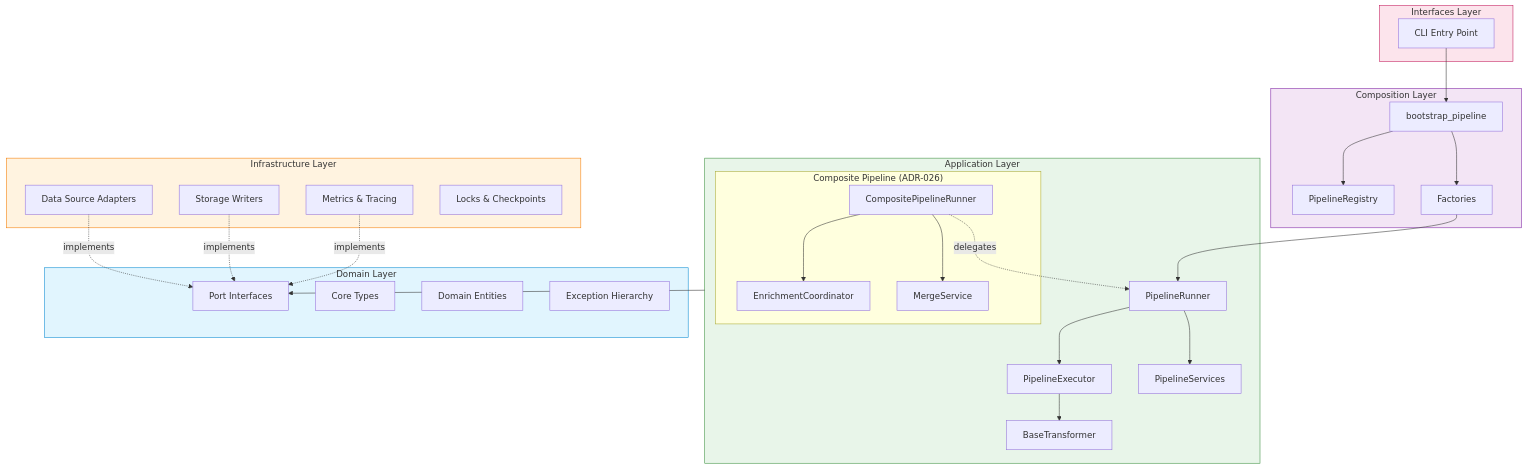
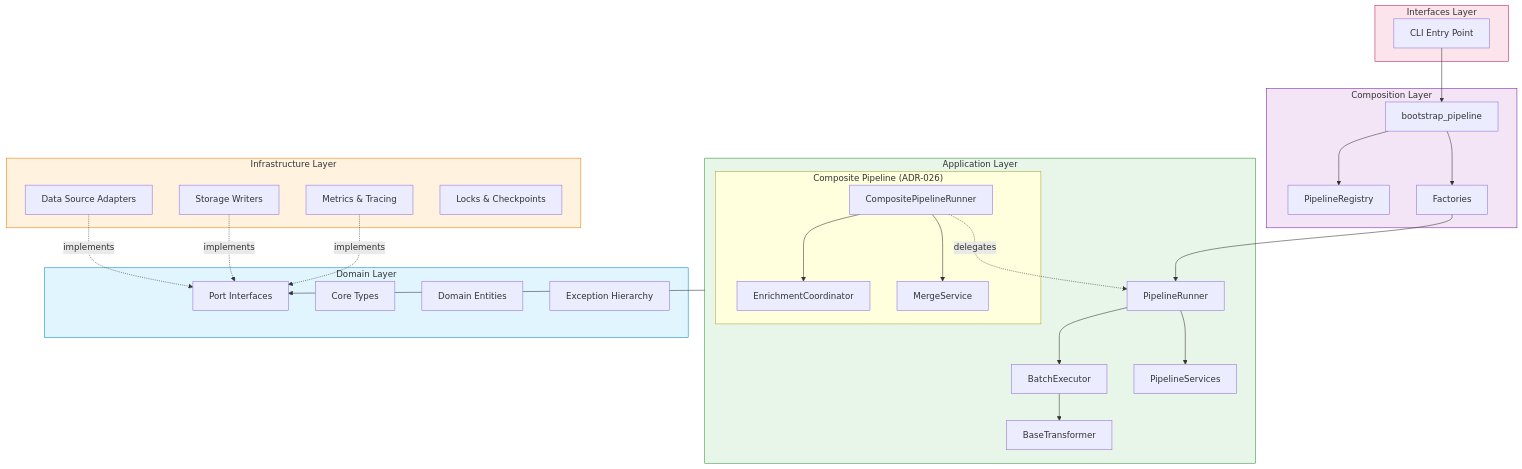
Before and after one commit to SatoryKono/BioactivityDataAcquisition: the diagram in docs/02-architecture/diagrams/05-layers-interaction.mermaid, drawn with Mermaid.

Commit message:
Rename PipelineExecutor to BatchExecutor in diagram
Update mermaid architecture diagram (docs/02-architecture/diagrams/05-layers-interaction.mermaid) to rename the PipelineExecutor node to BatchExecutor and update the connections accordingly (Runner -> BatchExec -> Transformer). Keeps the diagram consistent with the refactored component name.

```diff
--- a/docs/02-architecture/diagrams/05-layers-interaction.mermaid
+++ b/docs/02-architecture/diagrams/05-layers-interaction.mermaid
@@ -1,71 +1,71 @@
 %% BioETL Layer Interaction Diagram
 %% Shows how layers communicate following Hexagonal Architecture
 
 flowchart TB
     subgraph Interfaces["Interfaces Layer"]
         CLI[CLI Entry Point]
     end
 
     subgraph Composition["Composition Layer"]
         Bootstrap[bootstrap_pipeline]
         Registry[PipelineRegistry]
         Factories[Factories]
 
         Bootstrap --> Registry
         Bootstrap --> Factories
     end
 
     subgraph Application["Application Layer"]
         Runner[PipelineRunner]
-        Executor[PipelineExecutor]
+        BatchExec[BatchExecutor]
         Transformer[BaseTransformer]
         Services[PipelineServices]
 
         subgraph Composite["Composite Pipeline (ADR-026)"]
             CompositeRunner[CompositePipelineRunner]
             Coordinator[EnrichmentCoordinator]
             Merger[MergeService]
         end
 
-        Runner --> Executor
-        Executor --> Transformer
+        Runner --> BatchExec
+        BatchExec --> Transformer
         Runner --> Services
         CompositeRunner --> Coordinator
         CompositeRunner --> Merger
         CompositeRunner -.->|"delegates"| Runner
     end
 
     subgraph Domain["Domain Layer"]
         Ports[Port Interfaces]
         Types[Core Types]
         Entities[Domain Entities]
         Exceptions[Exception Hierarchy]
     end
 
     subgraph Infrastructure["Infrastructure Layer"]
         Adapters[Data Source Adapters]
         Storage[Storage Writers]
         Observability[Metrics & Tracing]
         Locking[Locks & Checkpoints]
     end
 
     %% Layer Dependencies
     CLI --> Bootstrap
     Factories --> Runner
     Application --> Ports
     Adapters -.->|implements| Ports
     Storage -.->|implements| Ports
     Observability -.->|implements| Ports
 
     %% Styling
     classDef domainStyle fill:#e1f5fe,stroke:#0288d1
     classDef appStyle fill:#e8f5e9,stroke:#388e3c
     classDef infraStyle fill:#fff3e0,stroke:#f57c00
     classDef compStyle fill:#f3e5f5,stroke:#7b1fa2
     classDef ifaceStyle fill:#fce4ec,stroke:#c2185b
 
     class Domain domainStyle
     class Application appStyle
     class Infrastructure infraStyle
     class Composition compStyle
     class Interfaces ifaceStyle
```
